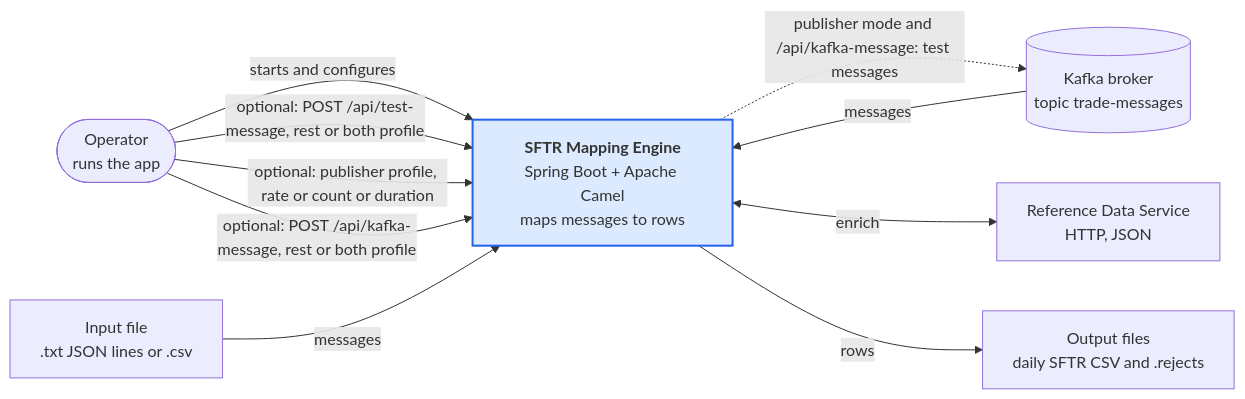
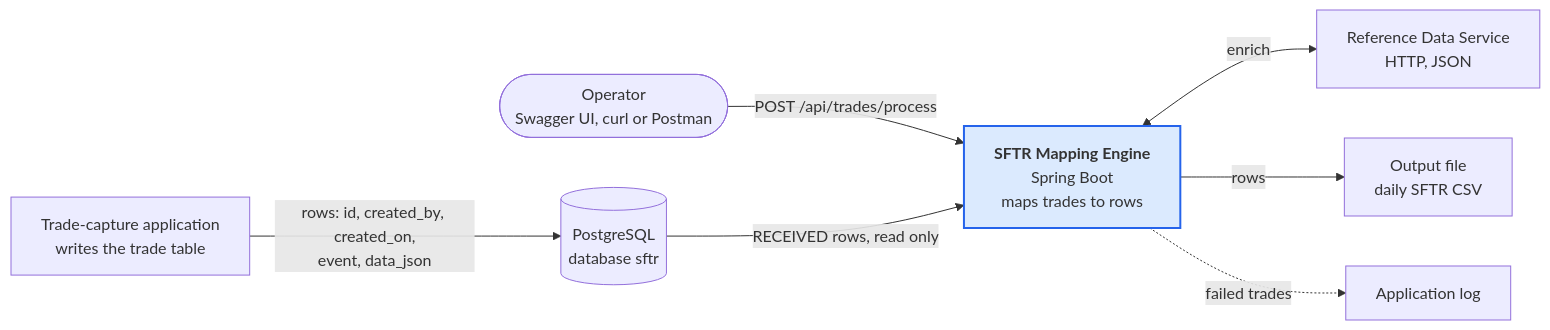
Before and after one commit to shanregs/msg-transformer: the first of 13 diagrams in docs/c4-architecture.md, drawn with Mermaid. The commit also changed other lines of this file and 72 other files, not shown here.

First line of the commit message:
Read trades from a Postgres table instead of Kafka or files (#15)

````diff
--- a/docs/c4-architecture.md
+++ b/docs/c4-architecture.md
@@ -9,14 +9,11 @@
 ```mermaid
 flowchart LR
-    op(["Operator<br/>runs the app"]) -->|starts and configures| engine
-    op -->|optional: POST /api/test-message, rest or both profile| engine
-    op -->|optional: publisher profile, rate or count or duration| engine
-    op -->|optional: POST /api/kafka-message, rest or both profile| engine
-    engine -.->|publisher mode and /api/kafka-message: test messages| kafka
-    kafka[("Kafka broker<br/>topic trade-messages")] -->|messages| engine
-    file["Input file<br/>.txt JSON lines or .csv"] -->|messages| engine
-    engine["<b>SFTR Mapping Engine</b><br/>Spring Boot + Apache Camel<br/>maps messages to rows"] <-->|enrich| ref["Reference Data Service<br/>HTTP, JSON"]
-    engine -->|rows| out["Output files<br/>daily SFTR CSV and .rejects"]
+    op(["Operator<br/>Swagger UI, curl or Postman"]) -->|"POST /api/trades/process"| engine
+    other["Trade-capture application<br/>writes the trade table"] -->|"rows: id, created_by, created_on,<br/>event, data_json"| db[("PostgreSQL<br/>database sftr")]
+    db -->|"RECEIVED rows, read only"| engine
+    engine["<b>SFTR Mapping Engine</b><br/>Spring Boot<br/>maps trades to rows"] <-->|enrich| ref["Reference Data Service<br/>HTTP, JSON"]
+    engine -->|rows| out["Output file<br/>daily SFTR CSV"]
+    engine -.->|failed trades| log["Application log"]
 
     style engine fill:#dbeafe,stroke:#2563eb,stroke-width:2px
 ```
````
